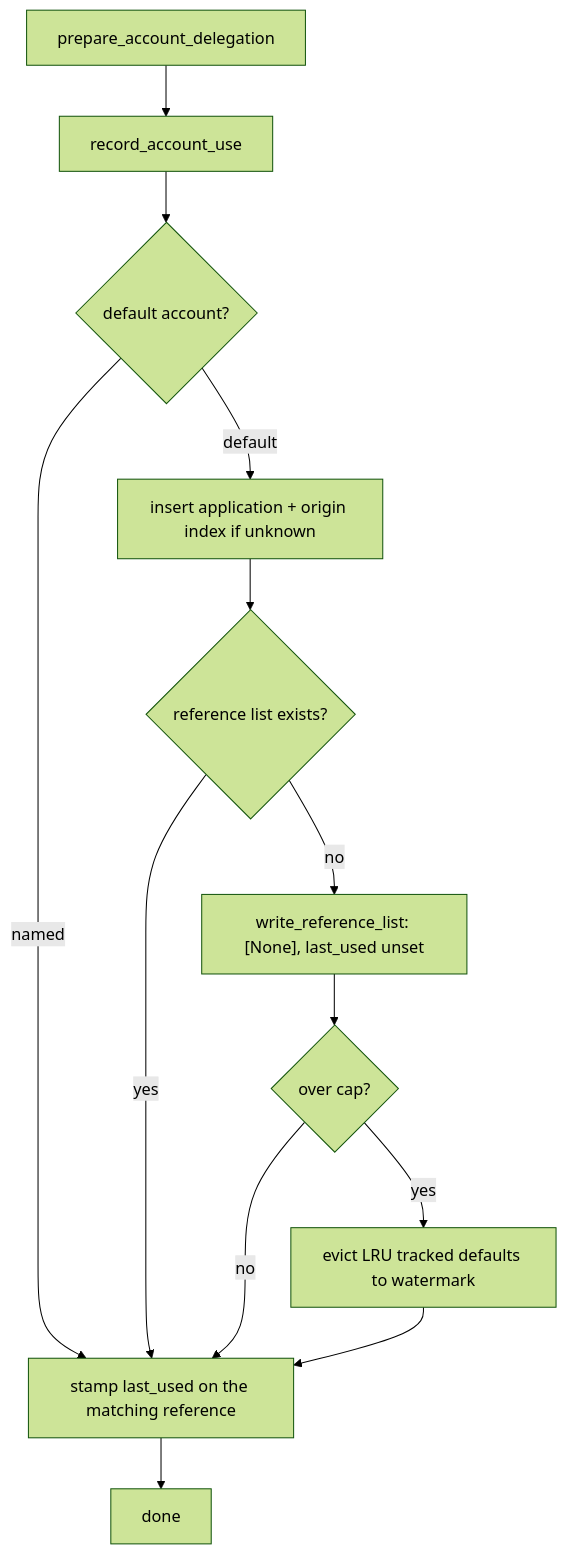
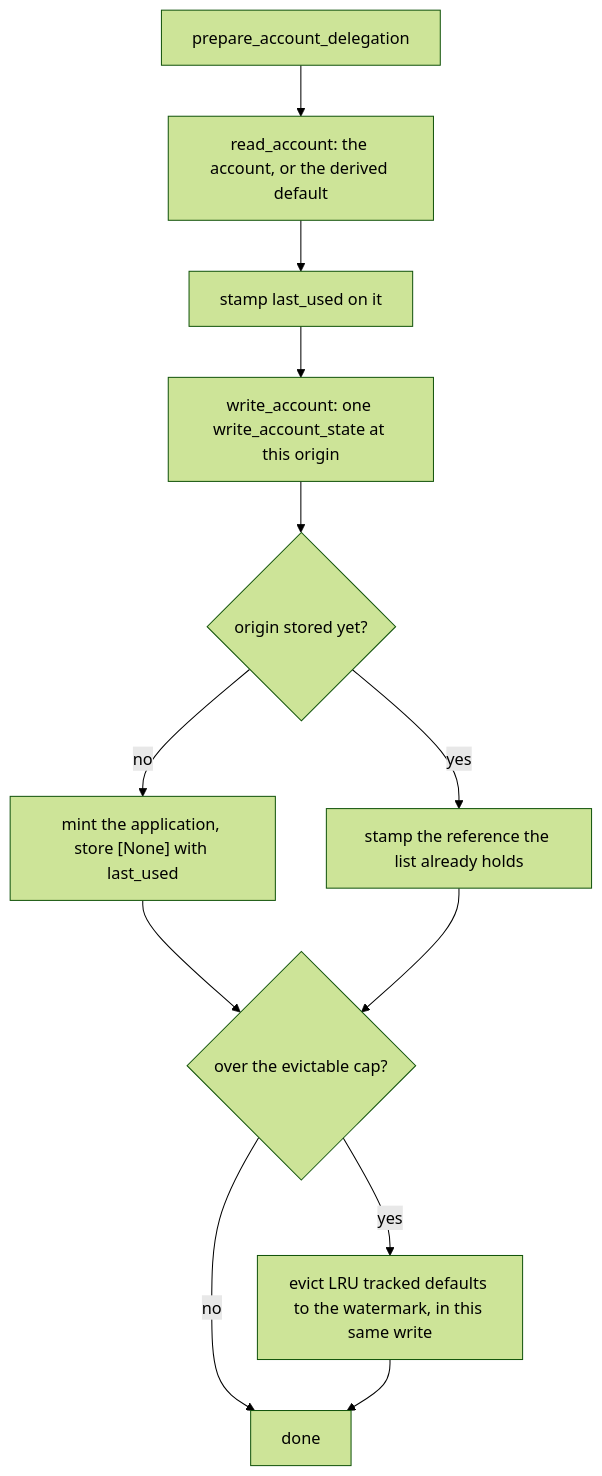
The fourth of 5 diagrams in docs/ongoing/tracked-default-accounts-spec.md (dfinity/internet-identity), drawn with Mermaid (forest theme) before and after one commit. The commit also changed other lines of this file and 1 other file, not shown here.

First line of the commit message:
docs: describe the write path the implementation built

````diff
--- a/docs/ongoing/tracked-default-accounts-spec.md
+++ b/docs/ongoing/tracked-default-accounts-spec.md
@@ -197,15 +266,14 @@
 ```mermaid
 flowchart TD
-    A[prepare_account_delegation] --> B[record_account_use]
-    B --> C{default account?}
-    C -->|named| S
-    C -->|default| D["insert application + origin index if unknown"]
-    D --> E{reference list exists?}
-    E -->|yes| S
-    E -->|no| F["write_reference_list: [None], last_used unset"]
-    F --> G{over cap?}
-    G -->|yes| H[evict LRU tracked defaults to watermark]
-    G -->|no| S
-    H --> S
-    S[stamp last_used on the matching reference] --> Z[done]
+    A[prepare_account_delegation] --> B["read_account: the account, or the derived default"]
+    B --> C["stamp last_used on it"]
+    C --> D["write_account: one write_account_state at this origin"]
+    D --> E{"origin stored yet?"}
+    E -->|no| F["mint the application, store [None] with last_used"]
+    E -->|yes| G["stamp the reference the list already holds"]
+    F --> H{over the evictable cap?}
+    G --> H
+    H -->|yes| I[evict LRU tracked defaults to the watermark, in this same write]
+    H -->|no| Z[done]
+    I --> Z
 ```
````
